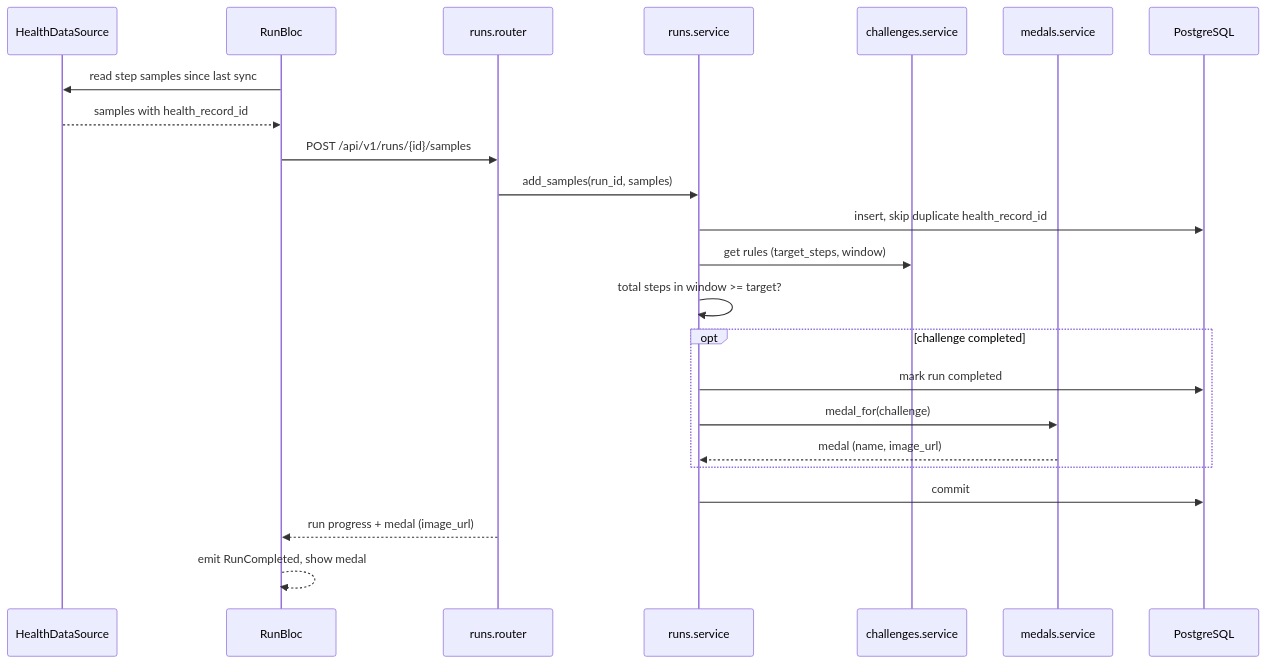
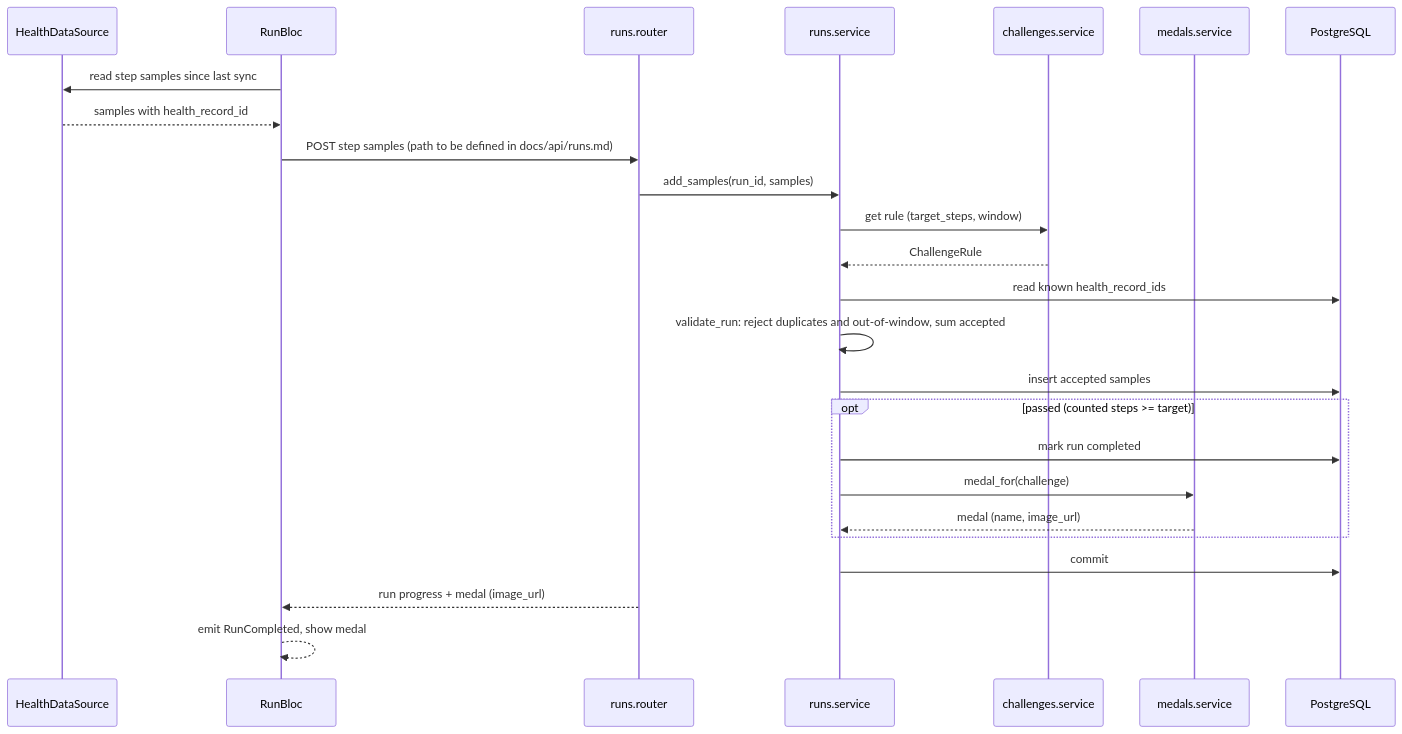
One commit to huynguyennang-agilityio/claude-code-training changed the seventh of 9 diagrams in docs/architecture.md. Above: the diagram before and after it, drawn with Mermaid. The commit also changed other lines of this file and 9 other files, not shown here.

First line of the commit message:
docs: address review findings on architecture docs

````diff
--- a/docs/architecture.md
+++ b/docs/architecture.md
@@ -229,25 +235,27 @@
 ```mermaid
 sequenceDiagram
     participant HD as HealthDataSource
     participant RB as RunBloc
     participant API as runs.router
     participant RS as runs.service
     participant CS as challenges.service
     participant MS as medals.service
     participant DB as PostgreSQL
     RB->>HD: read step samples since last sync
     HD-->>RB: samples with health_record_id
-    RB->>API: POST /api/v1/runs/{id}/samples
+    RB->>API: POST step samples (path to be defined in docs/api/runs.md)
     API->>RS: add_samples(run_id, samples)
-    RS->>DB: insert, skip duplicate health_record_id
-    RS->>CS: get rules (target_steps, window)
-    RS->>RS: total steps in window >= target?
-    opt challenge completed
+    RS->>CS: get rule (target_steps, window)
+    CS-->>RS: ChallengeRule
+    RS->>DB: read known health_record_ids
+    RS->>RS: validate_run: reject duplicates and out-of-window, sum accepted
+    RS->>DB: insert accepted samples
+    opt passed (counted steps >= target)
         RS->>DB: mark run completed
         RS->>MS: medal_for(challenge)
         MS-->>RS: medal (name, image_url)
     end
     RS->>DB: commit
     API-->>RB: run progress + medal (image_url)
     RB-->>RB: emit RunCompleted, show medal
 ```
````
